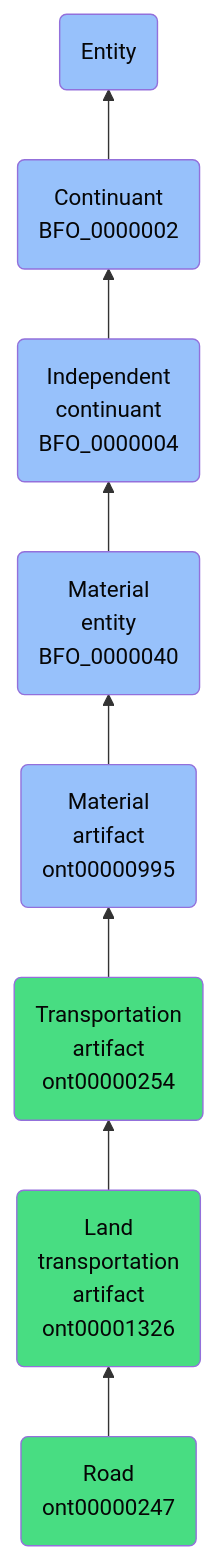
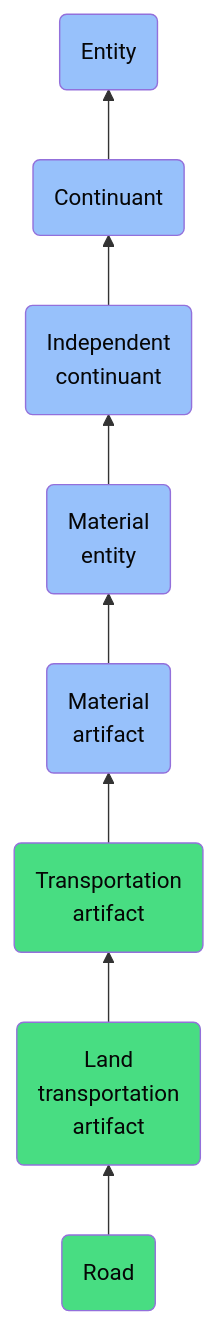
Before and after one commit to jupyter-naas/abi: the diagram in docs/ontology/reference/model/Entity/Continuant/Independent continuant/Material entity/Material artifact/Transportation artifact/Land transportation artifact/Road/Road.md, drawn with Mermaid. The commit also changed other lines of this file and 1430 other files, not shown here.

````diff
--- a/docs/ontology/reference/model/Entity/Continuant/Independent continuant/Material entity/Material artifact/Transportation artifact/Land transportation artifact/Road/Road.md
+++ b/docs/ontology/reference/model/Entity/Continuant/Independent continuant/Material entity/Material artifact/Transportation artifact/Land transportation artifact/Road/Road.md
@@ -24,15 +24,15 @@
 ```mermaid
 graph BT
-    ont00000247(Road<br>ont00000247):::ABI-->ont00001326
-    ont00001326(Land<br>transportation<br>artifact<br>ont00001326):::ABI-->ont00000254
-    ont00000254(Transportation<br>artifact<br>ont00000254):::ABI-->ont00000995
-    ont00000995(Material<br>artifact<br>ont00000995):::BFO-->BFO_0000040
-    BFO_0000040(Material<br>entity<br>BFO_0000040):::BFO-->BFO_0000004
-    BFO_0000004(Independent<br>continuant<br>BFO_0000004):::BFO-->BFO_0000002
-    BFO_0000002(Continuant<br>BFO_0000002):::BFO-->BFO_0000001
+    ont00000247(Road):::ABI-->ont00001326
+    ont00001326(Land<br>transportation<br>artifact):::ABI-->ont00000254
+    ont00000254(Transportation<br>artifact):::ABI-->ont00000995
+    ont00000995(Material<br>artifact):::BFO-->BFO_0000040
+    BFO_0000040(Material<br>entity):::BFO-->BFO_0000004
+    BFO_0000004(Independent<br>continuant):::BFO-->BFO_0000002
+    BFO_0000002(Continuant):::BFO-->BFO_0000001
     BFO_0000001(Entity):::BFO
     
     classDef BFO fill:#97c1fb,color:#060606
     classDef CCO fill:#e4c51e,color:#060606
     classDef ABI fill:#48DD82,color:#060606
 ```
````
